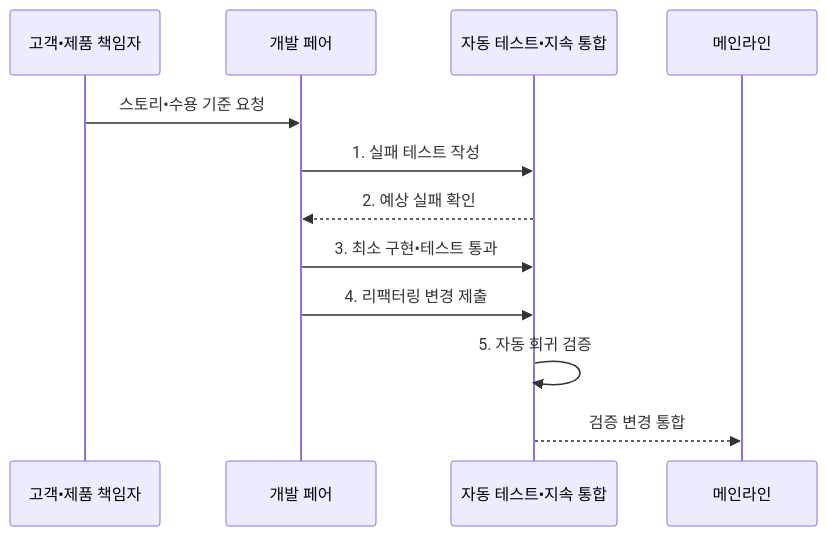
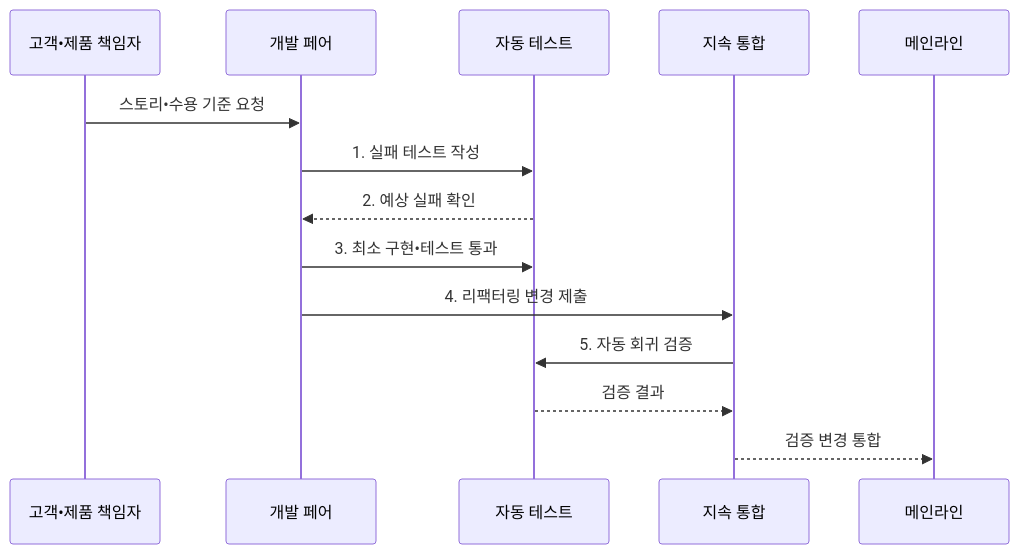
One commit to agnusdei1207/knowledge-base changed the second of 2 diagrams in src/content/docs/notes/03-software/034_extreme_programming.md. Above: the diagram before and after it, drawn with Mermaid. The commit also changed other lines of this file and 9 other files, not shown here.

````diff
--- a/src/content/docs/notes/03-software/034_extreme_programming.md
+++ b/src/content/docs/notes/03-software/034_extreme_programming.md
@@ -103,15 +103,17 @@
 ```mermaid
 sequenceDiagram
     participant C as 고객•제품 책임자
     participant P as 개발 페어
-    participant I as 자동 테스트•지속 통합
+    participant A as 자동 테스트
+    participant I as 지속 통합
     participant M as 메인라인
 
     C->>P: 스토리•수용 기준 요청
-    P->>I: 1. 실패 테스트 작성
-    I-->>P: 2. 예상 실패 확인
-    P->>I: 3. 최소 구현•테스트 통과
+    P->>A: 1. 실패 테스트 작성
+    A-->>P: 2. 예상 실패 확인
+    P->>A: 3. 최소 구현•테스트 통과
     P->>I: 4. 리팩터링 변경 제출
-    I->>I: 5. 자동 회귀 검증
+    I->>A: 5. 자동 회귀 검증
+    A-->>I: 검증 결과
     I-->>M: 검증 변경 통합
 ```
````
